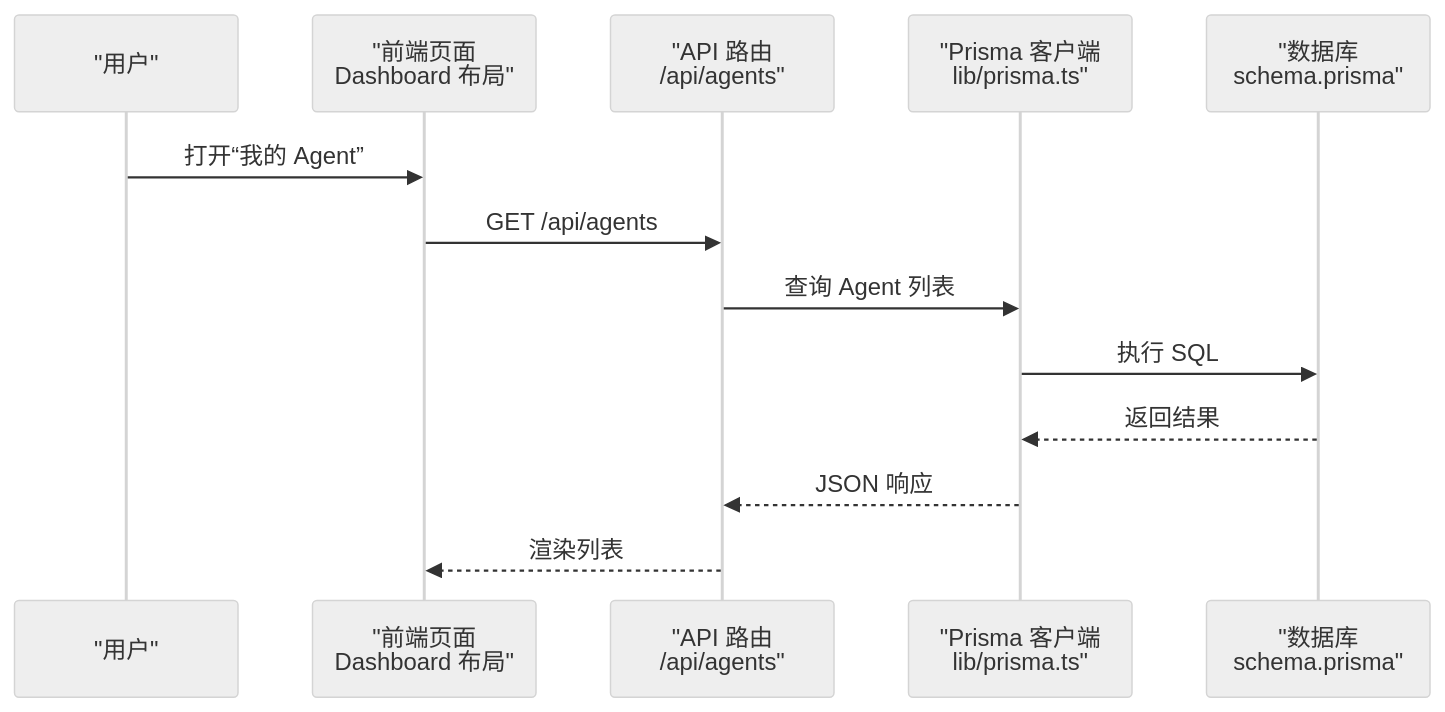
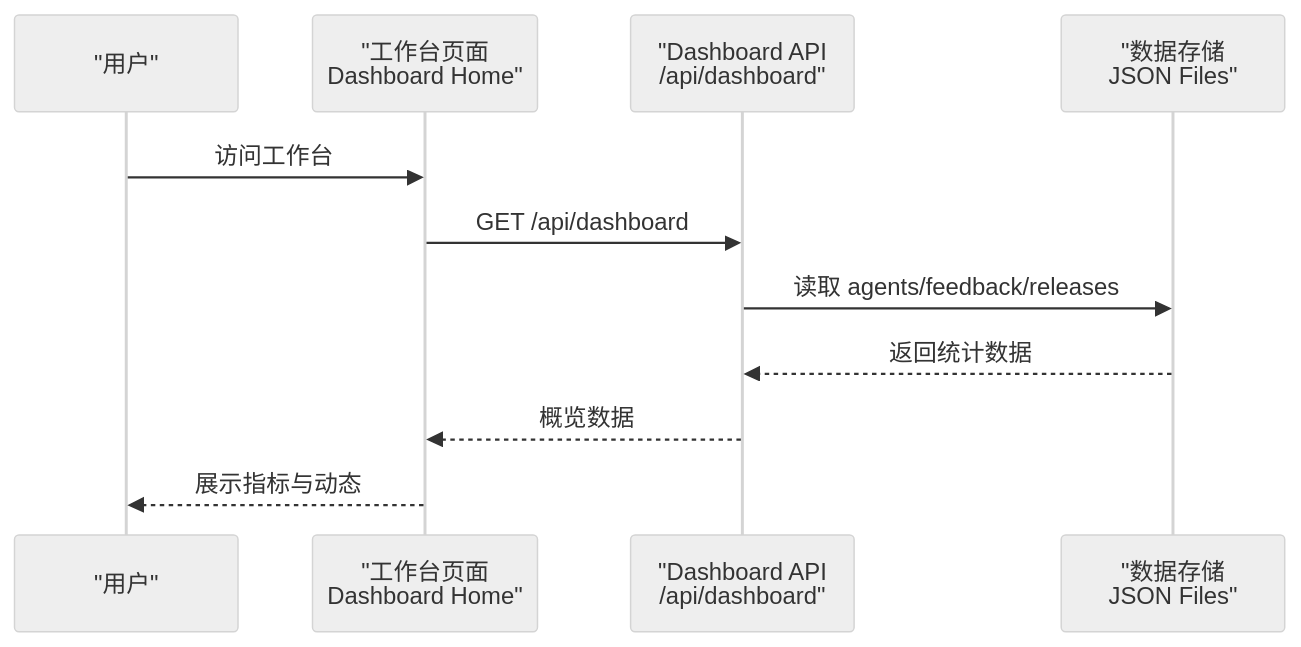
One commit to ai-guru-global/agent-up changed the second of 5 diagrams in .qoder/repowiki/zh/content/功能模块/功能模块.md. Above: the diagram before and after it, drawn with Mermaid (neutral theme). The commit also changed other lines of this file and 13 other files, not shown here.

````diff
--- a/.qoder/repowiki/zh/content/功能模块/功能模块.md
+++ b/.qoder/repowiki/zh/content/功能模块/功能模块.md
@@ -141,15 +156,13 @@
 ```mermaid
 sequenceDiagram
 participant U as "用户"
-participant UI as "前端页面<br/>Dashboard 布局"
-participant API as "API 路由<br/>/api/agents"
-participant DB as "Prisma 客户端<br/>lib/prisma.ts"
-participant DS as "数据库<br/>schema.prisma"
-U->>UI : 打开“我的 Agent”
-UI->>API : GET /api/agents
-API->>DB : 查询 Agent 列表
-DB->>DS : 执行 SQL
-DS-->>DB : 返回结果
-DB-->>API : JSON 响应
-API-->>UI : 渲染列表
+participant UI as "工作台页面<br/>Dashboard Home"
+participant API as "Dashboard API<br/>/api/dashboard"
+participant DB as "数据存储<br/>JSON Files"
+U->>UI : 访问工作台
+UI->>API : GET /api/dashboard
+API->>DB : 读取 agents/feedback/releases
+DB-->>API : 返回统计数据
+API-->>UI : 概览数据
+UI-->>U : 展示指标与动态
 ```
````
